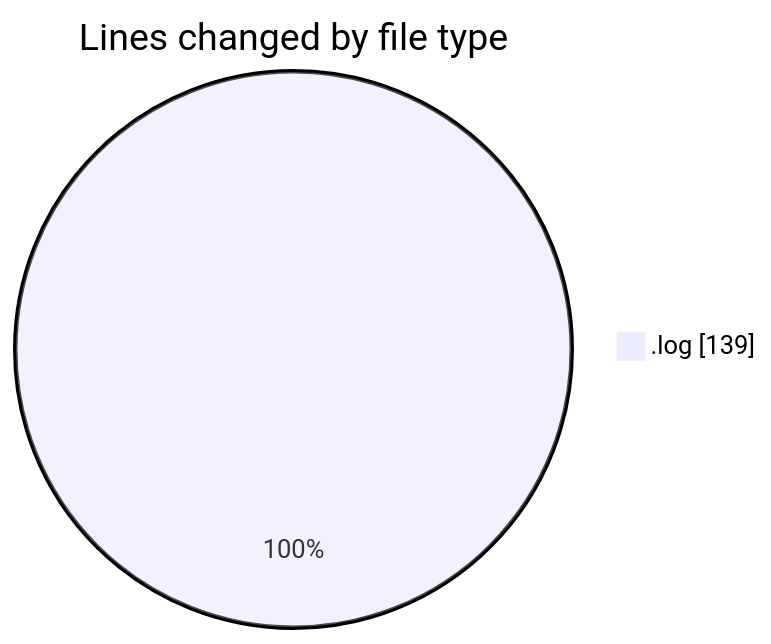
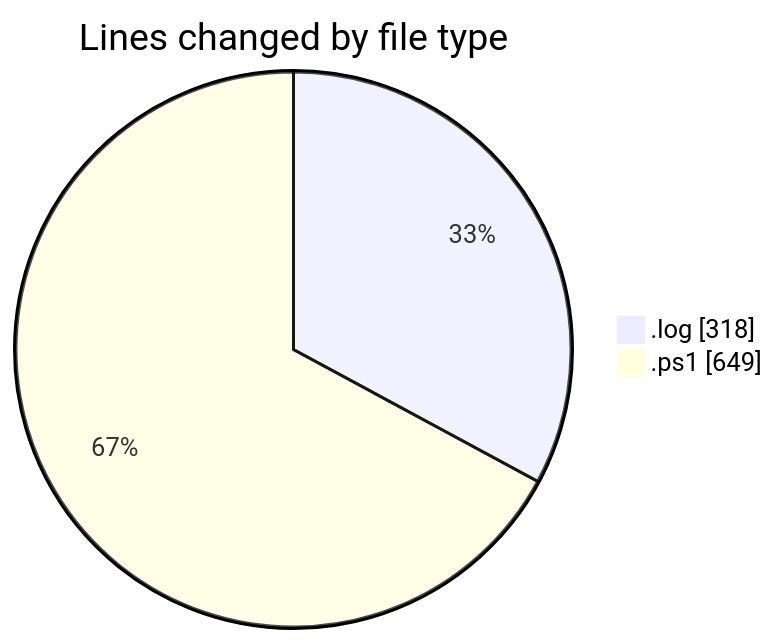
One commit to shibass792/code-tracking changed the first of 2 diagrams in 2026-07-08/twenty_versions_aminor/README.md. Above: the diagram before and after it, drawn with Mermaid. The commit also changed other lines of this file and 1 other file, not shown here.

````diff
--- a/2026-07-08/twenty_versions_aminor/README.md
+++ b/2026-07-08/twenty_versions_aminor/README.md
@@ -20,5 +21,6 @@
 ```mermaid
 pie showData
 title Lines changed by file type
-".log" : 139
+".log" : 318
+".ps1" : 649
 ```
````
